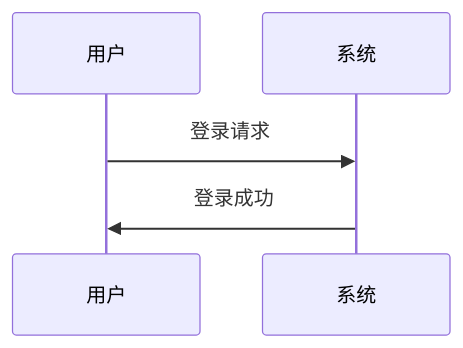
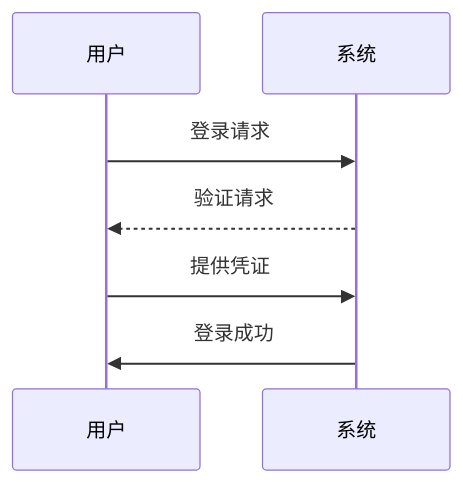
One commit to adam-ikari/markdown-ai-ecosystem changed the third of 9 diagrams in slides.md. Above: the diagram before and after it, drawn with Mermaid. The commit also changed other lines of this file and 1 other file, not shown here.

````diff
--- a/slides.md
+++ b/slides.md
@@ -299,7 +350,9 @@
 ```mermaid
 sequenceDiagram
   participant A as 用户
   participant B as 系统
   A->>B: 登录请求
+  B-->>A: 验证请求
+  A->>B: 提供凭证
   B->>A: 登录成功
 ```
````
